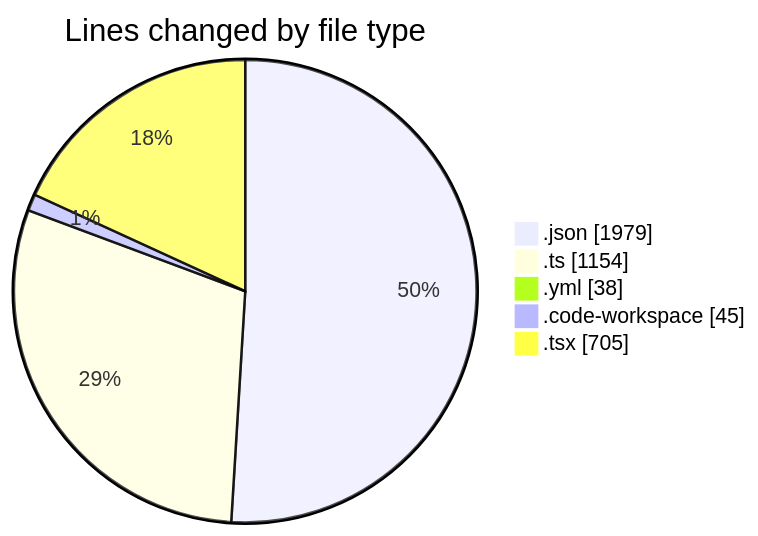
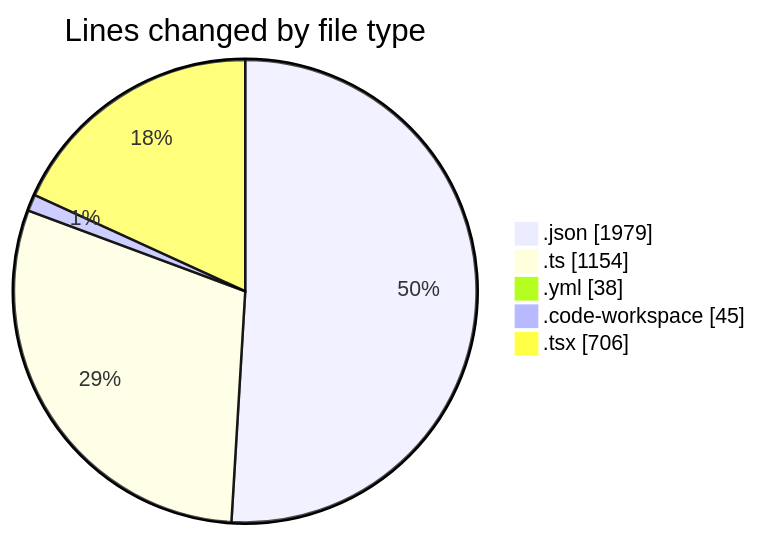
One commit to julien-gomy/code-tracking changed the first of 2 diagrams in 2025-11-25/eventscop-frontend-guide__workspace_/README.md. Above: the diagram before and after it, drawn with Mermaid. The commit also changed other lines of this file and 1 other file, not shown here.

````diff
--- a/2025-11-25/eventscop-frontend-guide__workspace_/README.md
+++ b/2025-11-25/eventscop-frontend-guide__workspace_/README.md
@@ -32,9 +32,9 @@
 ```mermaid
 pie showData
 title Lines changed by file type
 ".json" : 1979
 ".ts" : 1154
 ".yml" : 38
 ".code-workspace" : 45
-".tsx" : 705
+".tsx" : 706
 ```
````
